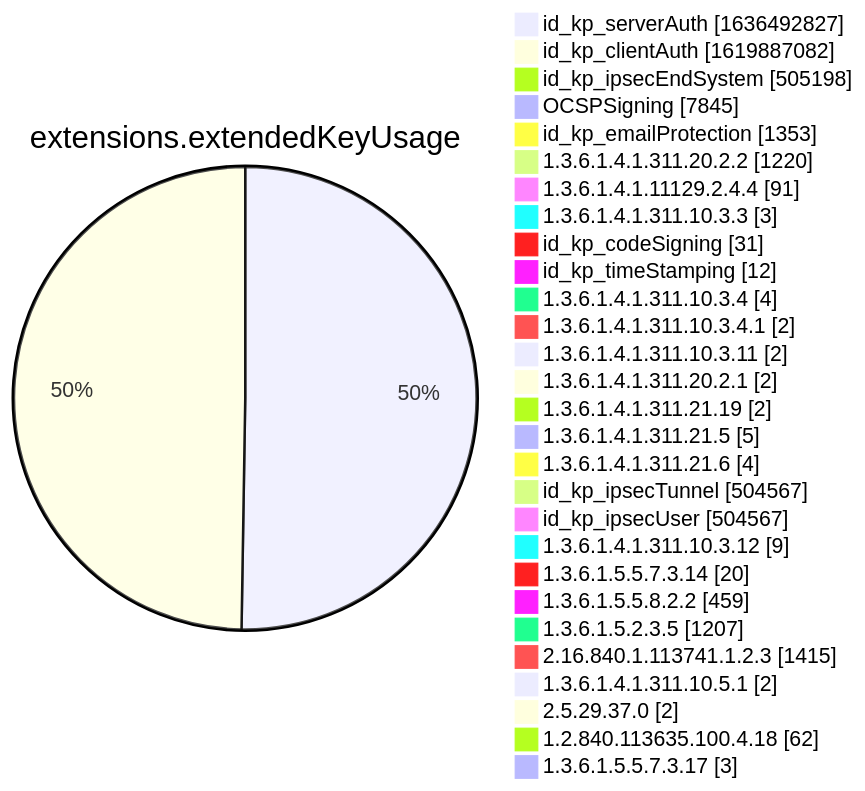
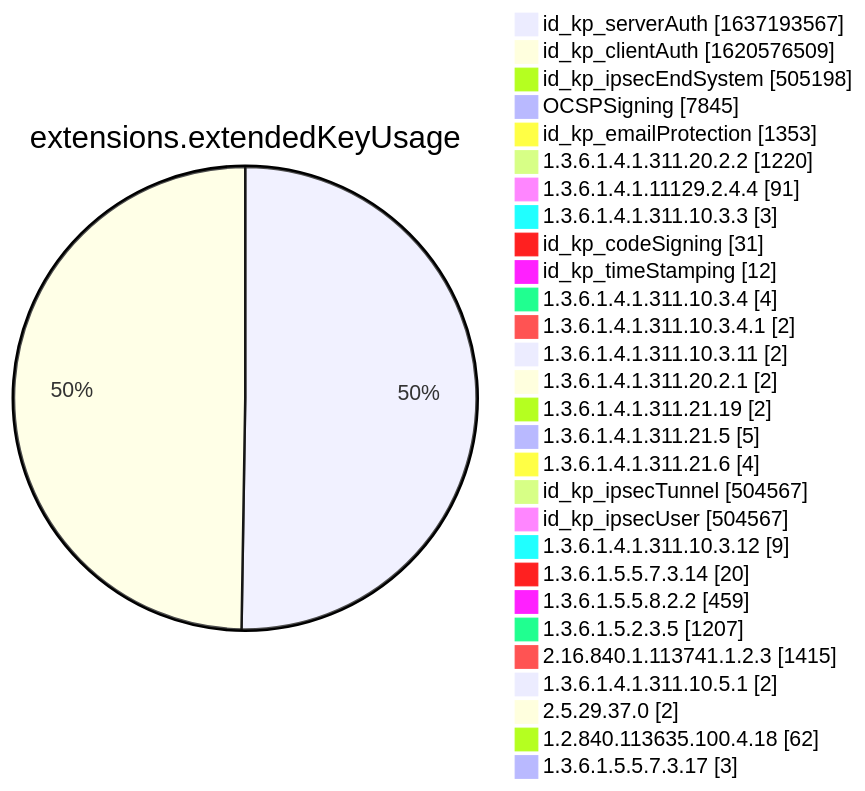
Before and after one commit to christiankrug/ctmonitor_visualization: diagram 12 of 15 in xenon2022/README.md, drawn with Mermaid. The commit also changed other lines of this file, not shown here.

````diff
--- a/xenon2022/README.md
+++ b/xenon2022/README.md
@@ -3886,32 +3886,32 @@
 ```mermaid
 pie showData
 title extensions.extendedKeyUsage
-"id_kp_serverAuth" :1636492827
-"id_kp_clientAuth" :1619887082
+"id_kp_serverAuth" :1637193567
+"id_kp_clientAuth" :1620576509
 "id_kp_ipsecEndSystem" :505198
 "OCSPSigning" :7845
 "id_kp_emailProtection" :1353
 "1.3.6.1.4.1.311.20.2.2" :1220
 "1.3.6.1.4.1.11129.2.4.4" :91
 "1.3.6.1.4.1.311.10.3.3" :3
 "id_kp_codeSigning" :31
 "id_kp_timeStamping" :12
 "1.3.6.1.4.1.311.10.3.4" :4
 "1.3.6.1.4.1.311.10.3.4.1" :2
 "1.3.6.1.4.1.311.10.3.11" :2
 "1.3.6.1.4.1.311.20.2.1" :2
 "1.3.6.1.4.1.311.21.19" :2
 "1.3.6.1.4.1.311.21.5" :5
 "1.3.6.1.4.1.311.21.6" :4
 "id_kp_ipsecTunnel" :504567
 "id_kp_ipsecUser" :504567
 "1.3.6.1.4.1.311.10.3.12" :9
 "1.3.6.1.5.5.7.3.14" :20
 "1.3.6.1.5.5.8.2.2" :459
 "1.3.6.1.5.2.3.5" :1207
 "2.16.840.1.113741.1.2.3" :1415
 "1.3.6.1.4.1.311.10.5.1" :2
 "2.5.29.37.0" :2
 "1.2.840.113635.100.4.18" :62
 "1.3.6.1.5.5.7.3.17" :3
 ```
````
